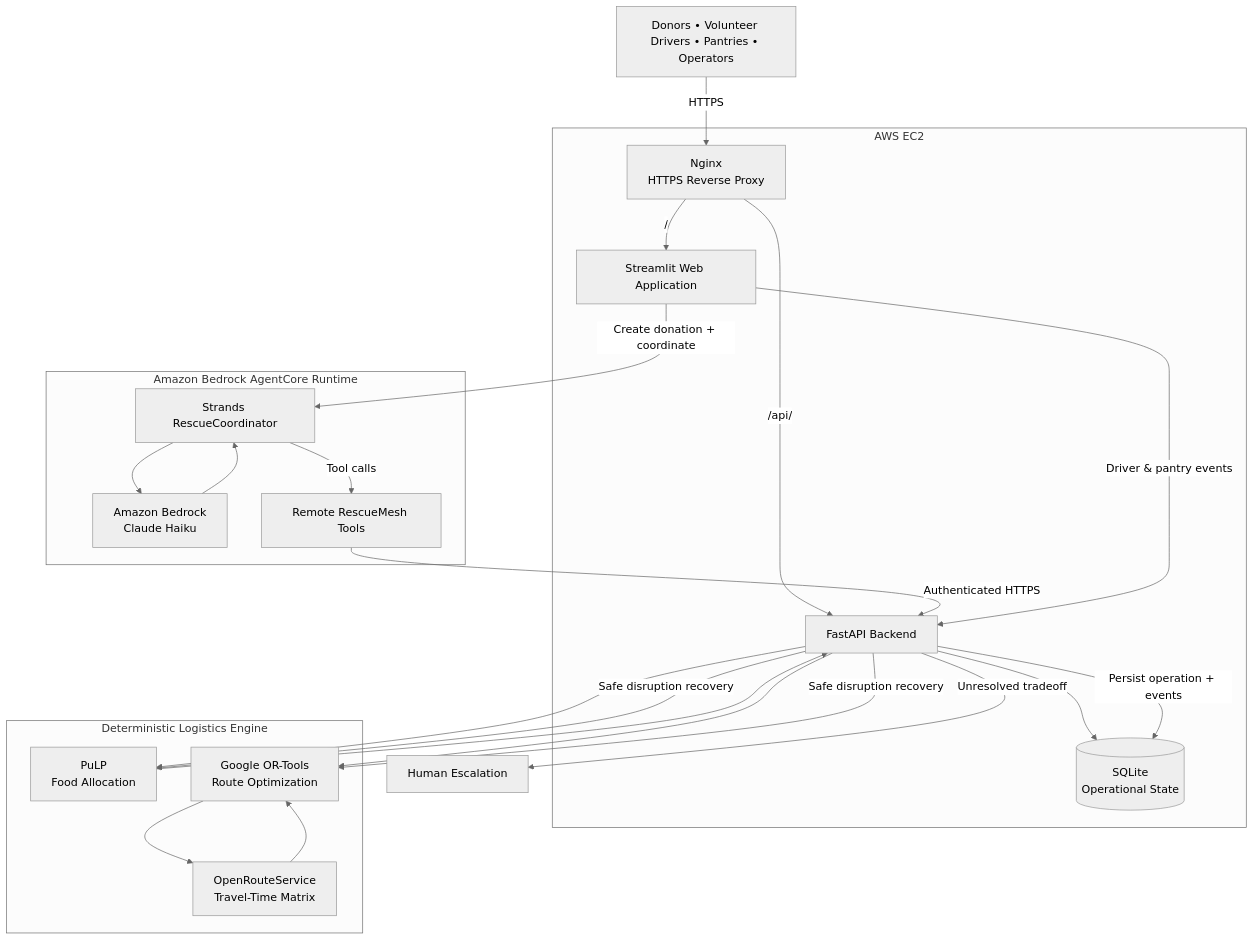
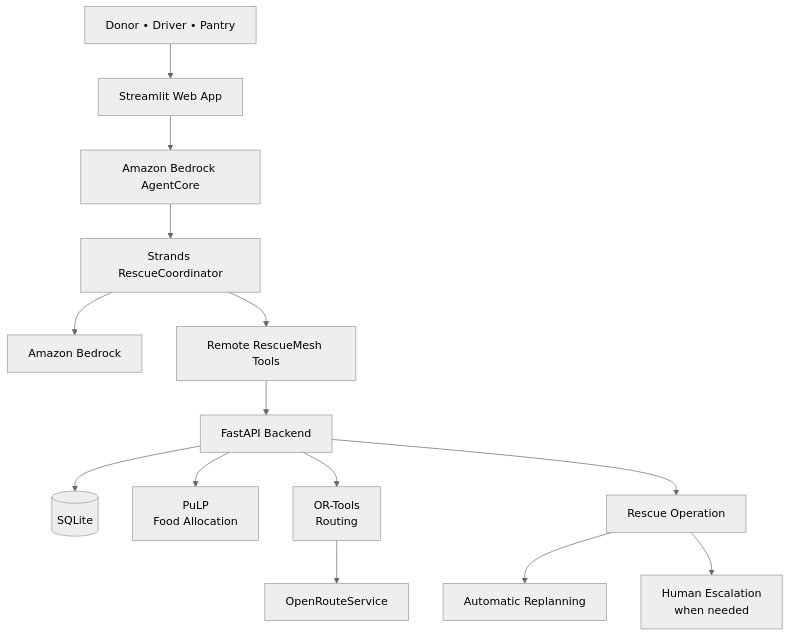
The diagram in README.md (maithili74/rescuemesh), drawn with Mermaid (neutral theme) before and after one commit. The commit also changed other lines of this file, not shown here.

````diff
--- a/README.md
+++ b/README.md
@@ -103,56 +94,31 @@
 ```mermaid
 flowchart TB
 
-    USERS["Donors • Volunteer Drivers • Pantries • Operators"]
+    USERS["Donor • Driver • Pantry"]
 
-    subgraph EC2["AWS EC2"]
-        NGINX["Nginx<br/>HTTPS Reverse Proxy"]
-        UI["Streamlit Web Application"]
-        API["FastAPI Backend"]
-        DB[("SQLite<br/>Operational State")]
-    end
+    USERS --> UI["Streamlit Web App"]
 
-    subgraph AGENTCORE["Amazon Bedrock AgentCore Runtime"]
-        AGENT["Strands RescueCoordinator"]
-        BEDROCK["Amazon Bedrock<br/>Claude Haiku"]
-        TOOLS["Remote RescueMesh Tools"]
-    end
+    UI --> AC["Amazon Bedrock AgentCore"]
 
-    subgraph OPT["Deterministic Logistics Engine"]
-        PULP["PuLP<br/>Food Allocation"]
-        ORTOOLS["Google OR-Tools<br/>Route Optimization"]
-        ORS["OpenRouteService<br/>Travel-Time Matrix"]
-    end
+    AC --> AGENT["Strands RescueCoordinator"]
 
-    USERS -->|"HTTPS"| NGINX
+    AGENT --> BEDROCK["Amazon Bedrock"]
 
-    NGINX -->|"/"| UI
-    NGINX -->|"/api/"| API
+    AGENT --> TOOLS["Remote RescueMesh Tools"]
 
-    UI -->|"Create donation + coordinate"| AGENT
+    TOOLS --> API["FastAPI Backend"]
 
-    AGENT --> BEDROCK
-    BEDROCK --> AGENT
+    API --> DB[("SQLite")]
 
-    AGENT -->|"Tool calls"| TOOLS
-    TOOLS -->|"Authenticated HTTPS"| API
+    API --> PULP["PuLP<br/>Food Allocation"]
 
-    API --> DB
+    API --> ORT["OR-Tools<br/>Routing"]
 
-    API --> PULP
-    API --> ORTOOLS
+    ORT --> ORS["OpenRouteService"]
 
-    ORTOOLS --> ORS
+    API --> RESULT["Rescue Operation"]
 
-    PULP --> API
-    ORS --> ORTOOLS
+    RESULT --> REPLAN["Automatic Replanning"]
 
-    UI -->|"Driver & pantry events"| API
-
-    API -->|"Safe disruption recovery"| PULP
-    API -->|"Safe disruption recovery"| ORTOOLS
-
-    API -->|"Unresolved tradeoff"| HUMAN["Human Escalation"]
-
-    API -->|"Persist operation + events"| DB
+    RESULT --> HUMAN["Human Escalation<br/>when needed"]
 ```
````
